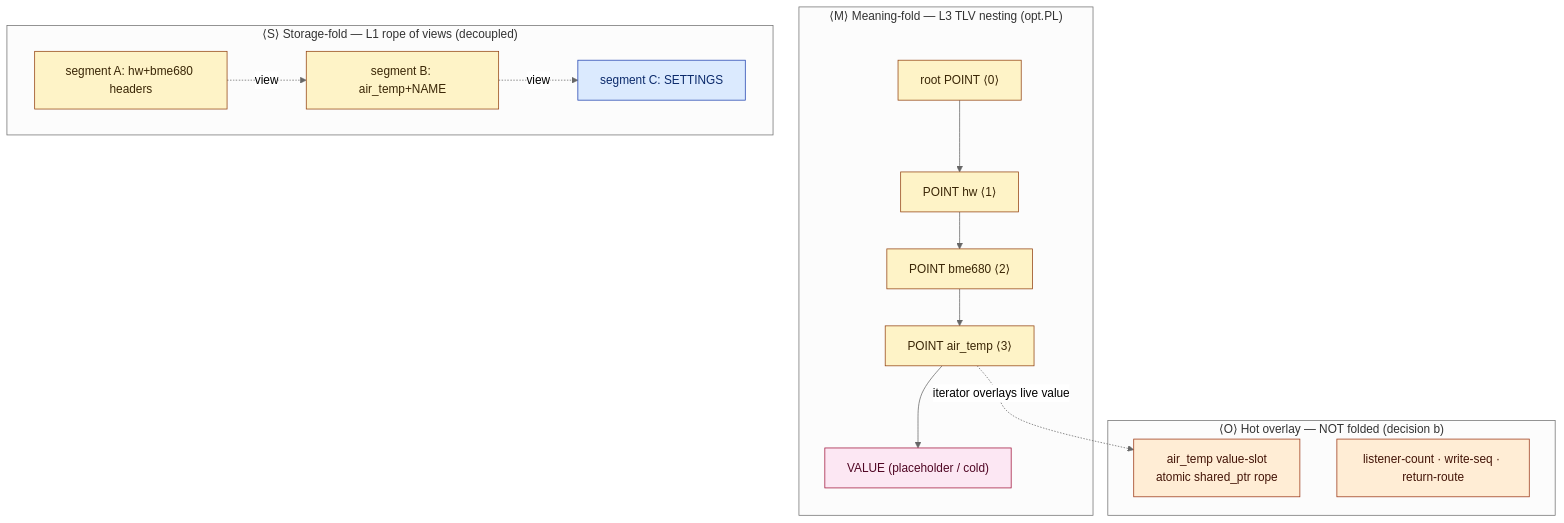
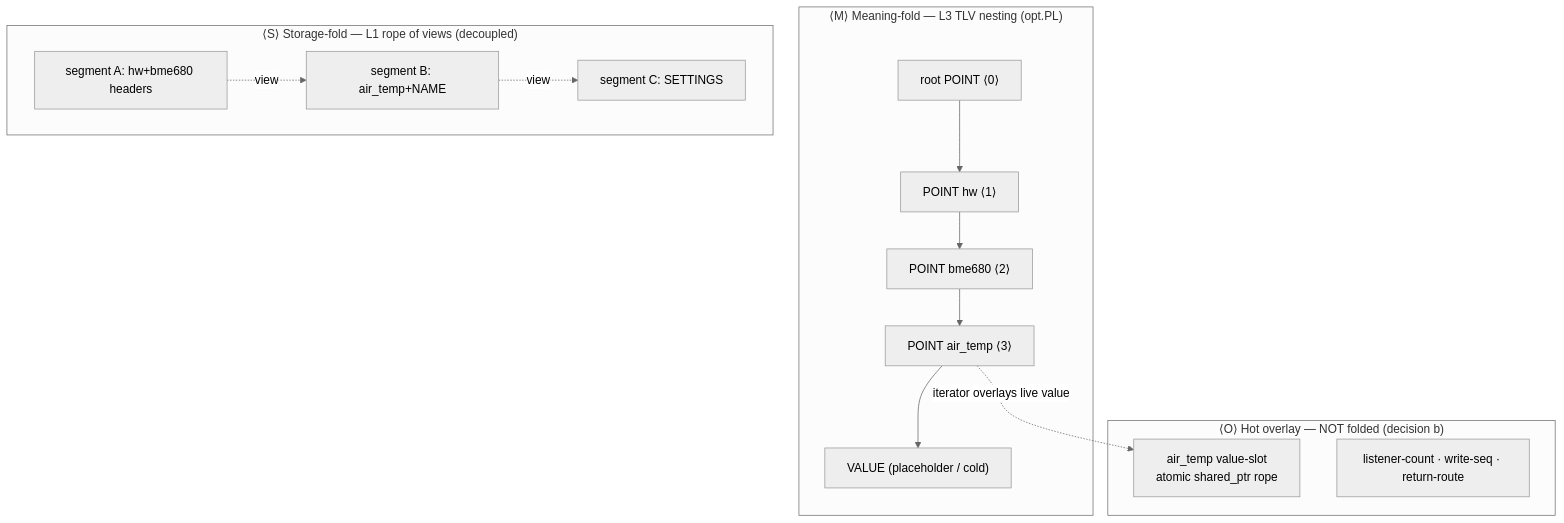
One commit to avatarsd-llc/libtracer changed the third of 3 diagrams in docs/research/2026-07-11-tlv-graph-folding-structure.md. Above: the diagram before and after it, drawn with Mermaid (neutral theme). The commit also changed other lines of this file and 32 other files, not shown here.

First line of the commit message:
docs: every diagram on the shared vocabulary, with alt text (#2373)

````diff
--- a/docs/research/2026-07-11-tlv-graph-folding-structure.md
+++ b/docs/research/2026-07-11-tlv-graph-folding-structure.md
@@ -172,19 +169,17 @@
 ```mermaid
 flowchart TB
+    accTitle: Meaning fold, storage fold and the hot overlay
+    accDescr: The meaning fold is the L3 TLV nesting: root POINT, hw, bme680, air_temp, with a cold VALUE placeholder under air_temp. The storage fold is an L1 rope of views across segments A (hw and bme680 headers), B (air_temp and NAME) and C (SETTINGS), decoupled from the nesting. The hot overlay is not folded: the air_temp value slot, an atomic shared_ptr rope, and the listener count, write sequence and return route. Iterating air_temp overlays the live value from the slot.
   subgraph MEAN["⟨M⟩ Meaning-fold — L3 TLV nesting (opt.PL)"]
-    R["root POINT ⟨0⟩"]:::node --> HW["POINT hw ⟨1⟩"]:::node --> DEV["POINT bme680 ⟨2⟩"]:::node --> LEAF["POINT air_temp ⟨3⟩"]:::node
-    LEAF --> VN["VALUE (placeholder / cold)"]:::data
+    R["root POINT ⟨0⟩"]:::vertex --> HW["POINT hw ⟨1⟩"]:::vertex --> DEV["POINT bme680 ⟨2⟩"]:::vertex --> LEAF["POINT air_temp ⟨3⟩"]:::vertex
+    LEAF --> VN["VALUE (placeholder / cold)"]:::record
   end
   subgraph STORE["⟨S⟩ Storage-fold — L1 rope of views (decoupled)"]
-    SEGA["segment A: hw+bme680 headers"]:::node -.view.-> SEGB["segment B: air_temp+NAME"]:::node -.view.-> SEGC["segment C: SETTINGS"]:::ctrl
+    SEGA["segment A: hw+bme680 headers"]:::vertex -.view.-> SEGB["segment B: air_temp+NAME"]:::vertex -.view.-> SEGC["segment C: SETTINGS"]:::record
   end
   subgraph OVER["⟨O⟩ Hot overlay — NOT folded (decision b)"]
-    SLOT["air_temp value-slot<br/>atomic shared_ptr rope"]:::hot
-    BK["listener-count · write-seq · return-route"]:::hot
+    SLOT["air_temp value-slot<br/>atomic shared_ptr rope"]:::ring
+    BK["listener-count · write-seq · return-route"]:::ring
   end
   LEAF -. "iterator overlays live value" .-> SLOT
-  classDef node fill:#fef3c7,stroke:#92400e,color:#3a2606
-  classDef data fill:#fce7f3,stroke:#9f1239,color:#500724
-  classDef ctrl fill:#dbeafe,stroke:#1e40af,color:#0b2a6b
-  classDef hot fill:#ffedd5,stroke:#9a3412,color:#431407
 ```
````
